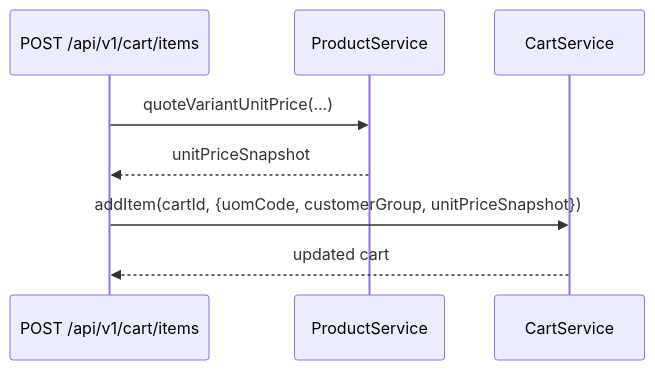
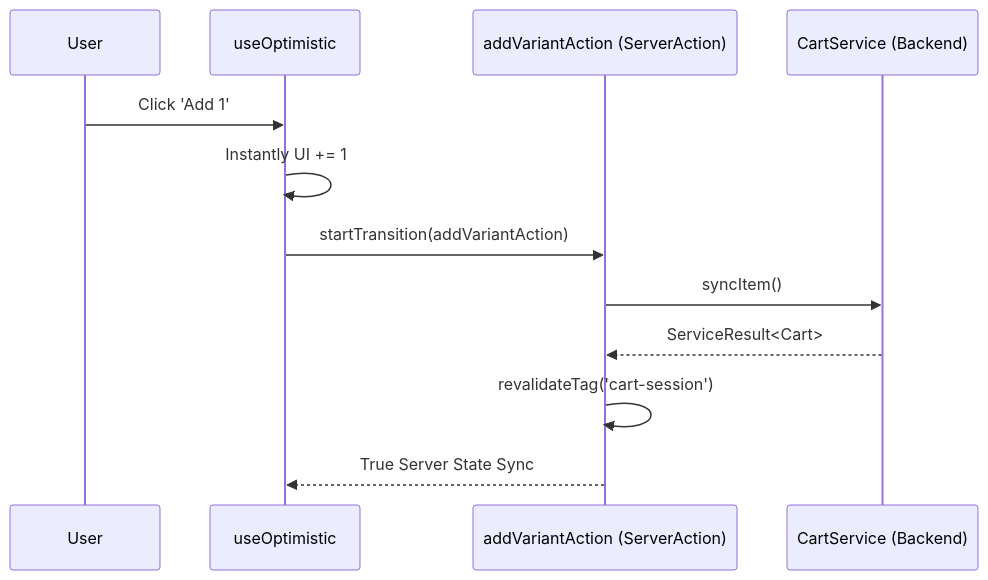
One commit to 3mrhussein/findeg changed the diagram in packages/storefront/src/features/cart/README.md. Above: the diagram before and after it, drawn with Mermaid. The commit also changed other lines of this file and 94 other files, not shown here.

Commit message:
refactor: migrate database schema to centralized directory and clean up legacy documentation and core infrastructure files

````diff
--- a/packages/storefront/src/features/cart/README.md
+++ b/packages/storefront/src/features/cart/README.md
@@ -31,10 +24,15 @@
 ```mermaid
 sequenceDiagram
-    participant API as POST /api/v1/cart/items
-    participant PS as ProductService
-    participant CS as CartService
-    API->>PS: quoteVariantUnitPrice(...)
-    PS-->>API: unitPriceSnapshot
-    API->>CS: addItem(cartId, {uomCode, customerGroup, unitPriceSnapshot})
-    CS-->>API: updated cart
+    participant User
+    participant ClientHook as useOptimistic
+    participant Action as addVariantAction (ServerAction)
+    participant CS as CartService (Backend)
+
+    User->>ClientHook: Click 'Add 1'
+    ClientHook->>ClientHook: Instantly UI += 1
+    ClientHook->>Action: startTransition(addVariantAction)
+    Action->>CS: syncItem()
+    CS-->>Action: ServiceResult<Cart>
+    Action->>Action: revalidateTag('cart-session')
+    Action-->>ClientHook: True Server State Sync
 ```
````
